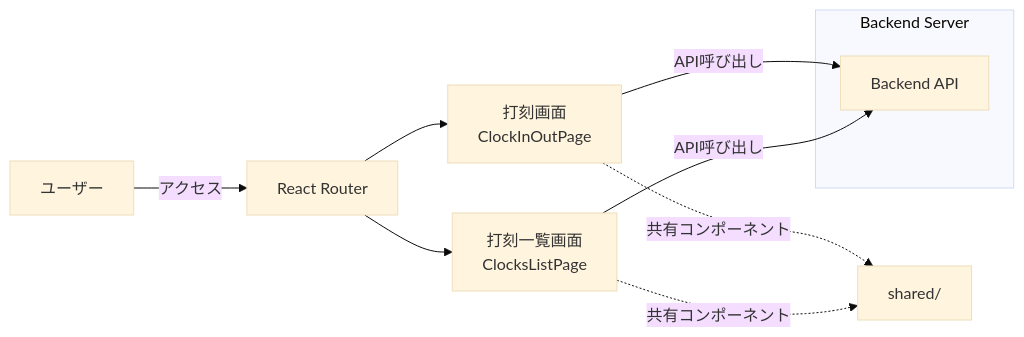
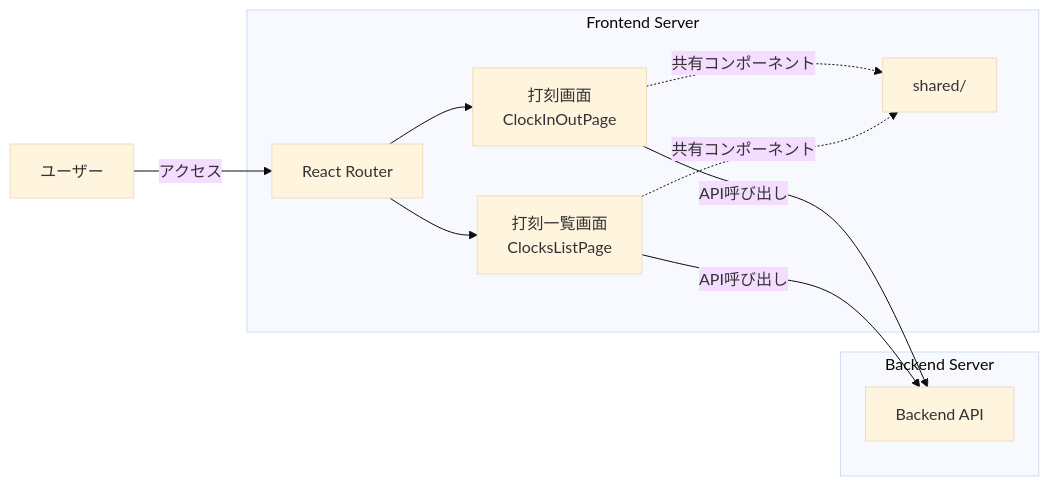
The diagram in apps/frontend/README.md (goataka/attendance-kit), drawn with Mermaid (base theme) before and after one commit.

Commit message:
フロントエンド構成図を改善：Frontend Serverを枠で囲む

````diff
--- a/apps/frontend/README.md
+++ b/apps/frontend/README.md
@@ -7,16 +7,24 @@
 ```mermaid
 graph LR
-    User[ユーザー] -->|アクセス| Router[React Router]
-    Router --> ClockInOut[打刻画面<br/>ClockInOutPage]
-    Router --> ClocksList[打刻一覧画面<br/>ClocksListPage]
+    User[ユーザー] -->|アクセス| Router
     
-    ClockInOut -.共有コンポーネント.-> Shared[shared/]
-    ClocksList -.共有コンポーネント.-> Shared
+    subgraph "Frontend Server"
+        Router[React Router]
+        ClockInOut[打刻画面<br/>ClockInOutPage]
+        ClocksList[打刻一覧画面<br/>ClocksListPage]
+        Shared[shared/]
+        
+        Router --> ClockInOut
+        Router --> ClocksList
+        
+        ClockInOut -.共有コンポーネント.-> Shared
+        ClocksList -.共有コンポーネント.-> Shared
+    end
     
     subgraph "Backend Server"
         Backend[Backend API]
     end
     
     ClockInOut -->|API呼び出し| Backend
     ClocksList -->|API呼び出し| Backend
 ```
````
